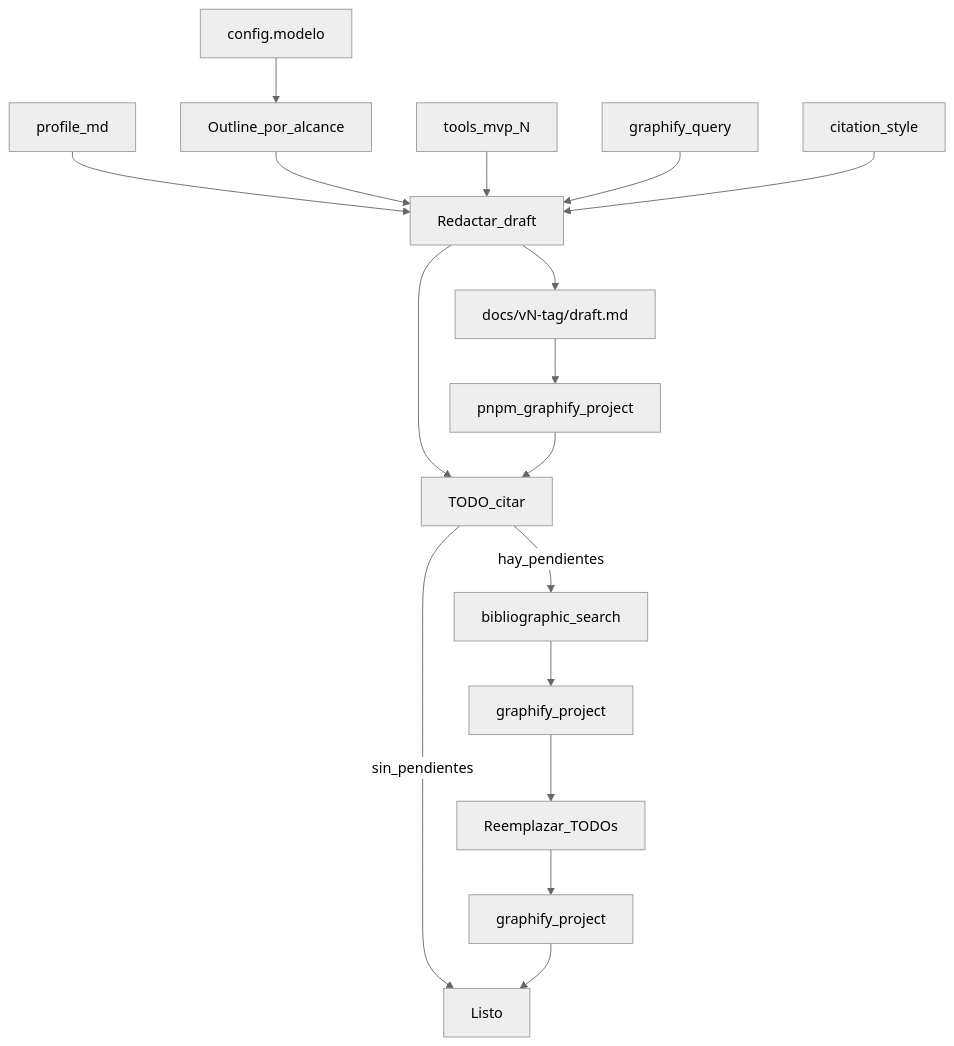
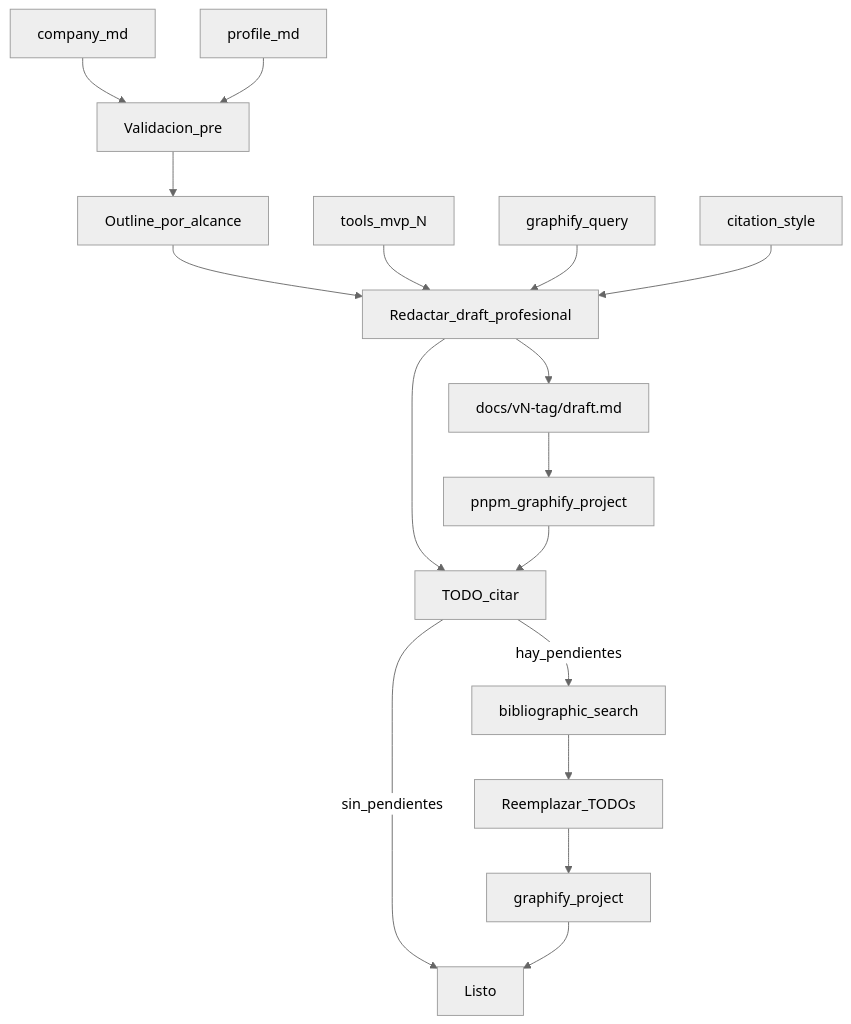
One commit to Luis-Fernando-MP/skills-report changed the diagram in common/make-report/model1.md. Above: the diagram before and after it, drawn with Mermaid (neutral theme). The commit also changed other lines of this file and 21 other files, not shown here.

First line of the commit message:
Enhance project documentation and skills for company integration

````diff
--- a/common/make-report/model1.md
+++ b/common/make-report/model1.md
@@ -60,19 +78,19 @@
 ```mermaid
 flowchart TD
-  modelo[config.modelo] --> outline[Outline_por_alcance]
-  profile[profile_md] --> draftWrite[Redactar_draft]
-  outline --> draftWrite
+  company[company_md] --> validate[Validacion_pre]
+  profile[profile_md] --> validate
+  validate --> outline[Outline_por_alcance]
+  outline --> draftWrite[Redactar_draft_profesional]
   mvp[tools_mvp_N] --> draftWrite
   graphNow[graphify_query] --> draftWrite
   cite[citation_style] --> draftWrite
   draftWrite --> out["docs/vN-tag/draft.md"]
   out --> gp1[pnpm_graphify_project]
   draftWrite --> todos[TODO_citar]
   gp1 --> todos
   todos -->|hay_pendientes| search[bibliographic_search]
-  search --> gp2[graphify_project]
-  gp2 --> replace[Reemplazar_TODOs]
+  search --> replace[Reemplazar_TODOs]
   replace --> gp3[graphify_project]
   todos -->|sin_pendientes| done[Listo]
   gp3 --> done
 ```
````
